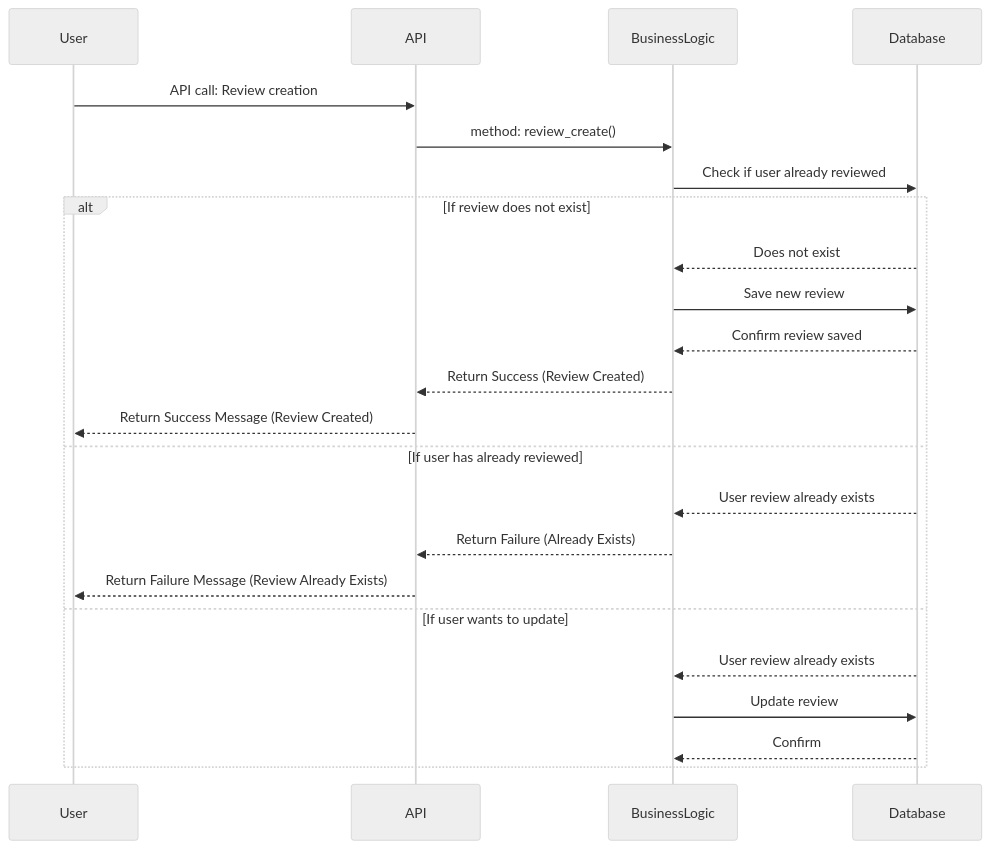
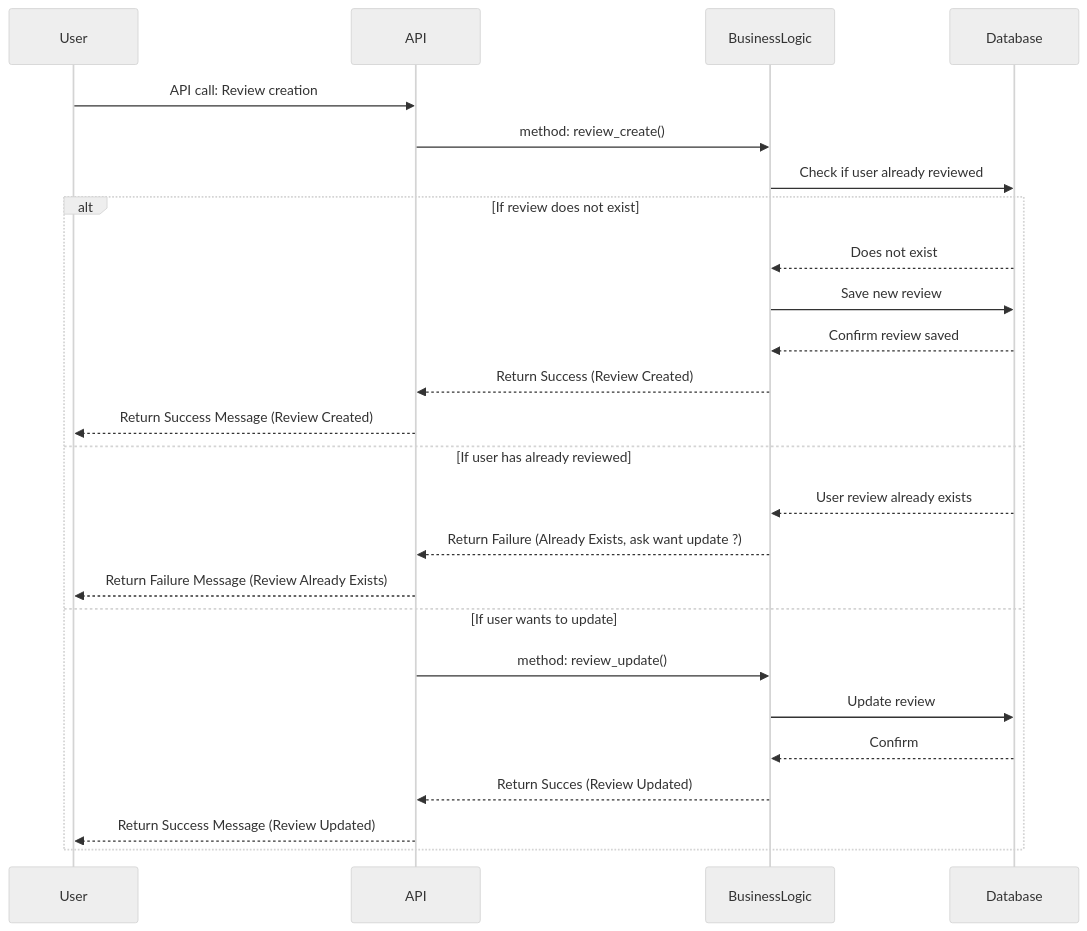
Before and after one commit to vlldnt/holbertonschool-hbnb: the diagram in part1/02-detailled_sequence_diagrams/2-review_submission.md, drawn with Mermaid (neutral theme).

Commit message:
Adding place_fetch in detailled diagram sequence

````diff
--- a/part1/02-detailled_sequence_diagrams/2-review_submission.md
+++ b/part1/02-detailled_sequence_diagrams/2-review_submission.md
@@ -1,29 +1,31 @@
 ```mermaid
 sequenceDiagram
 participant User
 participant API
 participant BusinessLogic
 participant Database
 
 User->>API: API call: Review creation
 API->>BusinessLogic: method: review_create()
 BusinessLogic->>Database: Check if user already reviewed
 
 alt If review does not exist
     Database-->>BusinessLogic: Does not exist
     BusinessLogic->>Database: Save new review
     Database-->>BusinessLogic: Confirm review saved
     BusinessLogic-->>API: Return Success (Review Created)
     API-->>User: Return Success Message (Review Created)
 
 else If user has already reviewed
     Database-->>BusinessLogic: User review already exists
-    BusinessLogic-->>API: Return Failure (Already Exists)
+    BusinessLogic-->>API: Return Failure (Already Exists, ask want update ?)
     API-->>User: Return Failure Message (Review Already Exists)
 
 else If user wants to update
-    Database-->>BusinessLogic: User review already exists
+    API->>BusinessLogic: method: review_update()
     BusinessLogic->>Database: Update review
     Database-->>BusinessLogic: Confirm
+    BusinessLogic-->>API: Return Succes (Review Updated)
+    API-->>User: Return Success Message (Review Updated)
 end 
 ```
````
